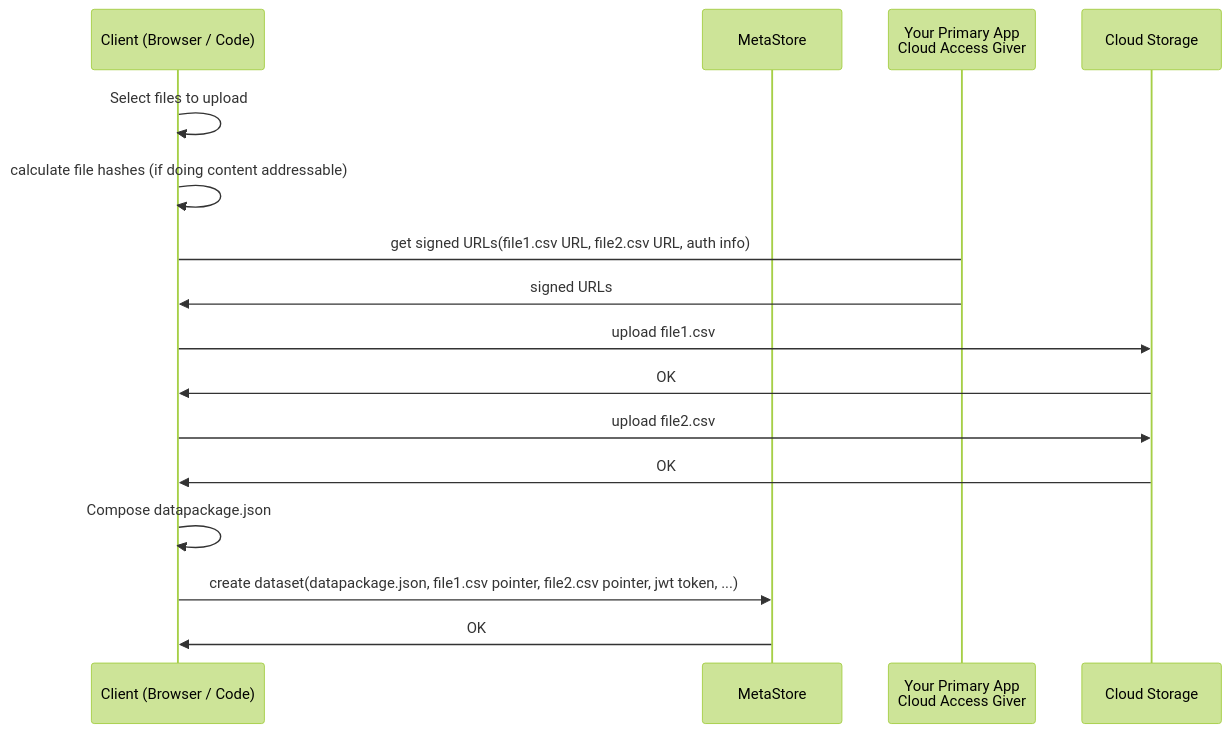
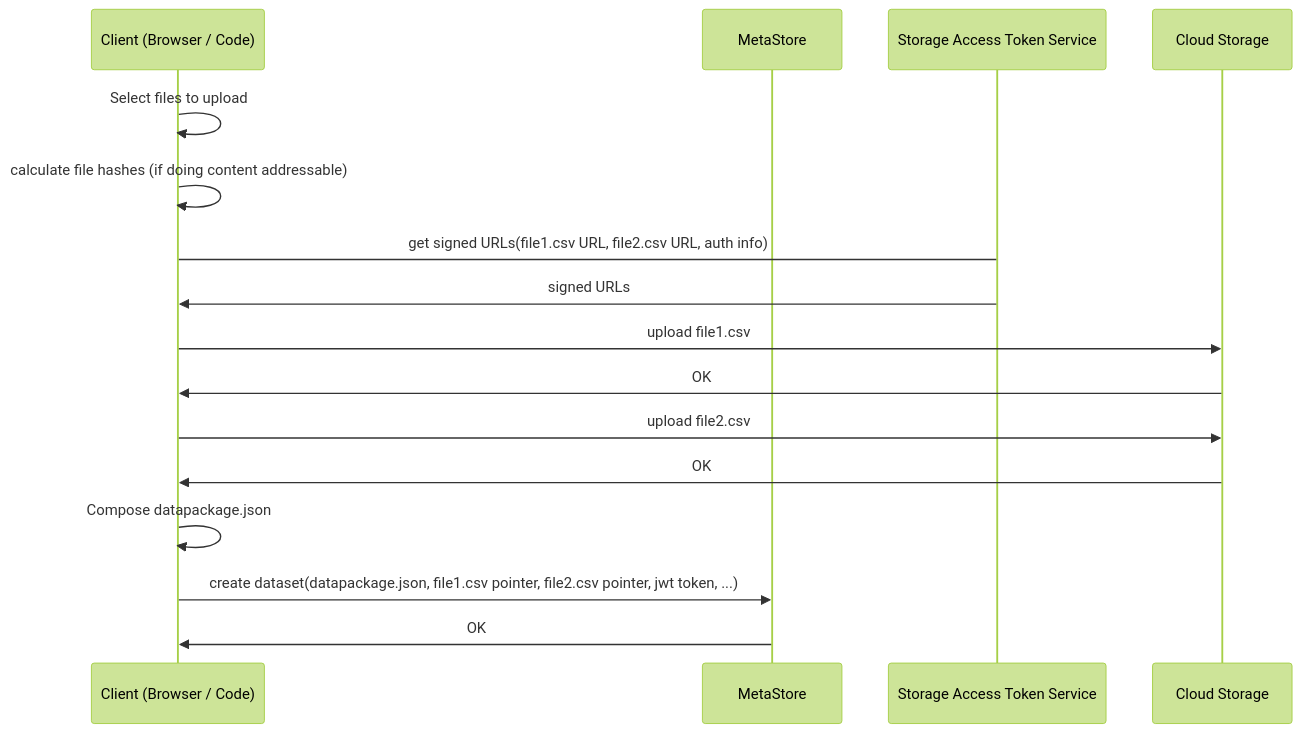
The second of 2 diagrams in blob-storage/README.md (datopian/tech.datopian.com), drawn with Mermaid (forest theme) before and after one commit. The commit also changed other lines of this file, not shown here.

First line of the commit message:
[blob-storage][l]: major additions.

````diff
--- a/blob-storage/README.md
+++ b/blob-storage/README.md
@@ -22,20 +52,20 @@
 ```mermaid
 sequenceDiagram
 
   participant browser as Client (Browser / Code)
   participant vfts as MetaStore
-  participant bitstore as Your Primary App<br/>Cloud Access Giver
+  participant bitstore as Storage Access Token Service
   participant storage as Cloud Storage
   
   browser->>browser: Select files to upload
   browser->>browser: calculate file hashes (if doing content addressable)
   browser->bitstore: get signed URLs(file1.csv URL, file2.csv URL, auth info)
   bitstore->>browser: signed URLs
   browser->>storage: upload file1.csv
   storage->>browser: OK
   browser->>storage: upload file2.csv
   storage->>browser: OK
   browser->>browser: Compose datapackage.json
   browser->>vfts: create dataset(datapackage.json, file1.csv pointer, file2.csv pointer, jwt token, ...)
   vfts->>browser: OK
 ```
````
